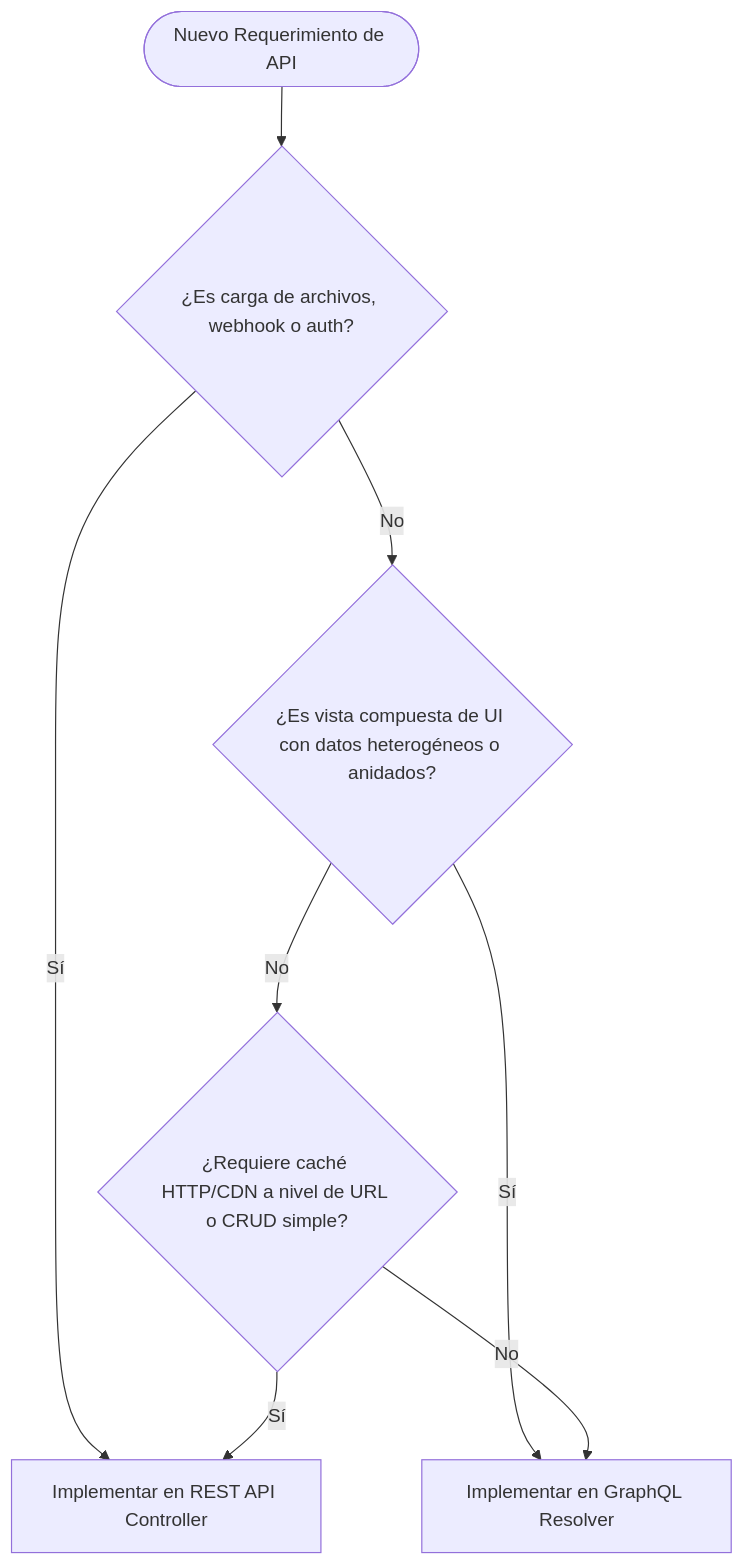
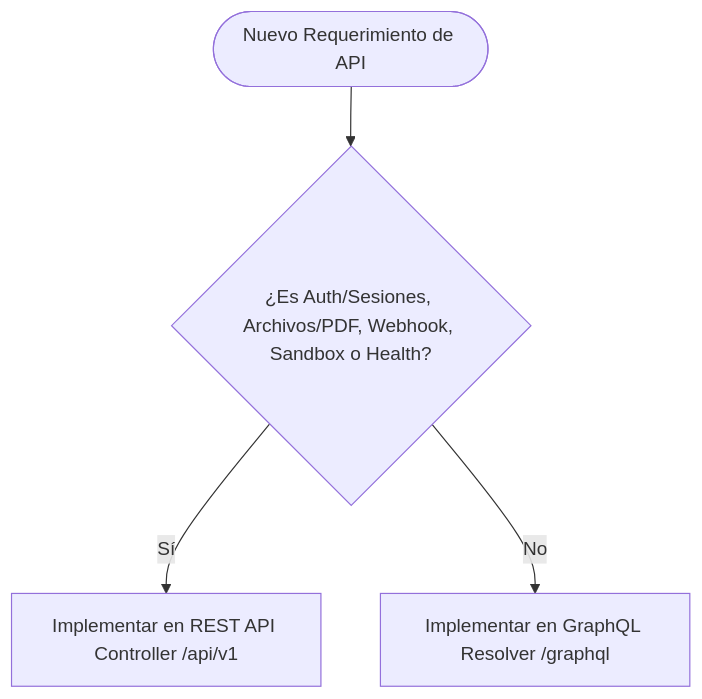
One commit to dypok/Koda changed the diagram in documentation/adr/ADR-012-adopcion-arquitectura-hibrida-graphql-rest.md. Above: the diagram before and after it, drawn with Mermaid. The commit also changed other lines of this file and 33 other files, not shown here.

Commit message:
feat(api): implement hybrid GraphQL/REST architecture with resolvers for curriculum, roadmap and learning

````diff
--- a/documentation/adr/ADR-012-adopcion-arquitectura-hibrida-graphql-rest.md
+++ b/documentation/adr/ADR-012-adopcion-arquitectura-hibrida-graphql-rest.md
@@ -47,10 +49,6 @@
 ```mermaid
 flowchart TD
-    Req([Nuevo Requerimiento de API]) --> Q1{¿Es carga de archivos, webhook o auth?}
-    Q1 -- Sí --> REST[Implementar en REST API Controller]
-    Q1 -- No --> Q2{¿Es vista compuesta de UI con datos heterogéneos o anidados?}
-    Q2 -- Sí --> GQL[Implementar en GraphQL Resolver]
-    Q2 -- No --> Q3{¿Requiere caché HTTP/CDN a nivel de URL o CRUD simple?}
-    Q3 -- Sí --> REST
-    Q3 -- No --> GQL
+    Req([Nuevo Requerimiento de API]) --> Q1{¿Es Auth/Sesiones, Archivos/PDF, Webhook, Sandbox o Health?}
+    Q1 -- Sí --> REST[Implementar en REST API Controller /api/v1]
+    Q1 -- No --> GQL[Implementar en GraphQL Resolver /graphql]
 ```
````
